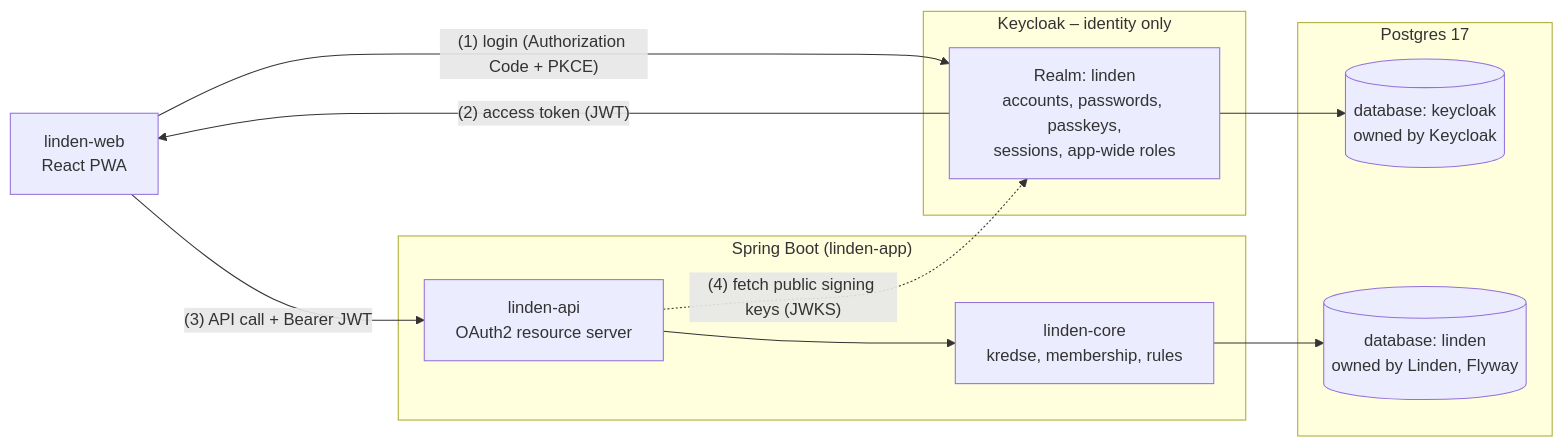
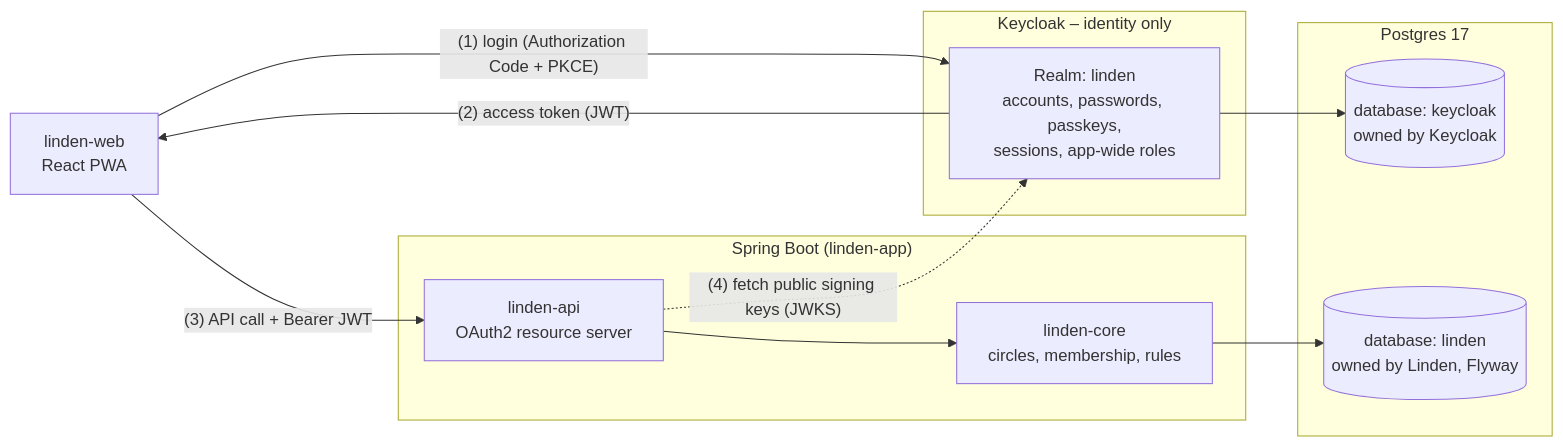
One commit to projectlinden/linden changed the first of 5 diagrams in docs/architecture/auth-flow.md. Above: the diagram before and after it, drawn with Mermaid. The commit also changed other lines of this file and 5 other files, not shown here.

````diff
--- a/docs/architecture/auth-flow.md
+++ b/docs/architecture/auth-flow.md
@@ -16,26 +16,26 @@
 ```mermaid
 flowchart LR
     pwa["linden-web<br/>React PWA"]
 
     subgraph kc["Keycloak – identity only"]
         realm["Realm: linden<br/>accounts, passwords, passkeys,<br/>sessions, app-wide roles"]
     end
 
     subgraph app["Spring Boot (linden-app)"]
         api["linden-api<br/>OAuth2 resource server"]
-        core["linden-core<br/>kredse, membership, rules"]
+        core["linden-core<br/>circles, membership, rules"]
         api --> core
     end
 
     subgraph pg["Postgres 17"]
         kcdb[("database: keycloak<br/>owned by Keycloak")]
         lindendb[("database: linden<br/>owned by Linden, Flyway")]
     end
 
     pwa -- "(1) login (Authorization Code + PKCE)" --> realm
     realm -- "(2) access token (JWT)" --> pwa
     pwa -- "(3) API call + Bearer JWT" --> api
     api -. "(4) fetch public signing keys (JWKS)" .-> realm
     realm --> kcdb
     core --> lindendb
 ```
````
